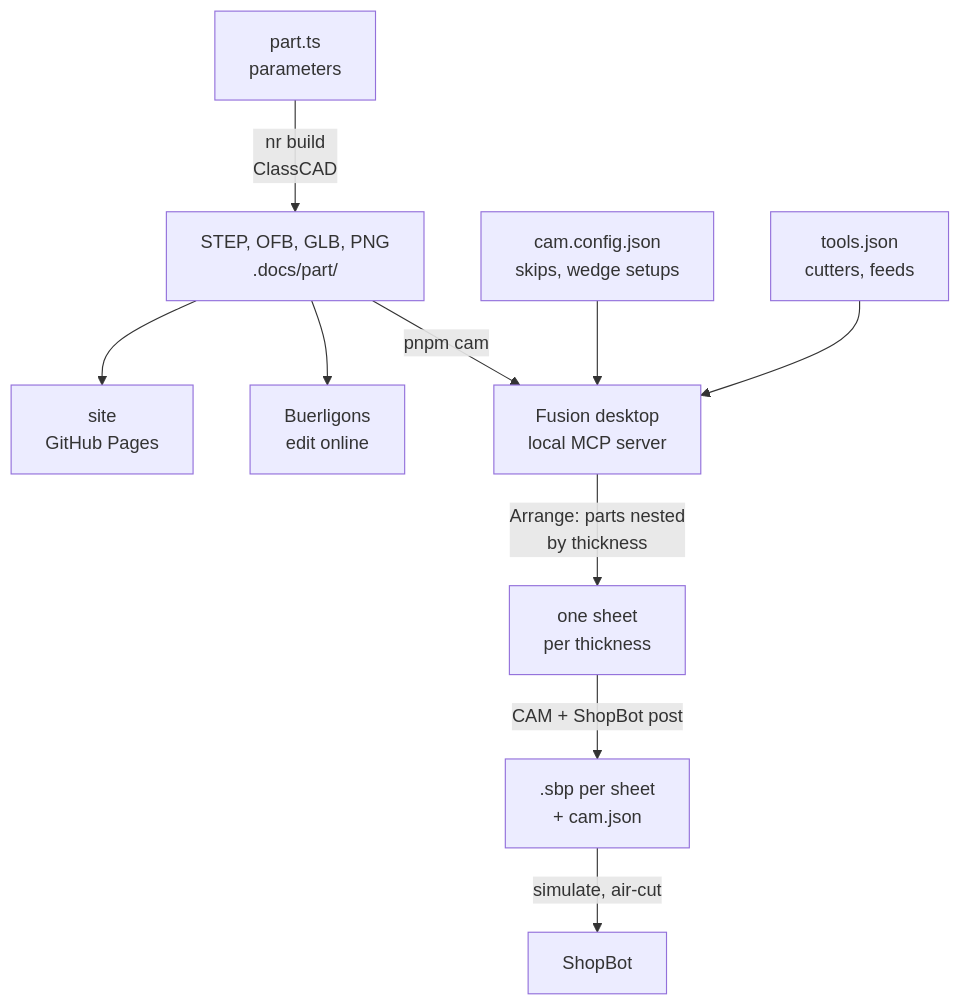
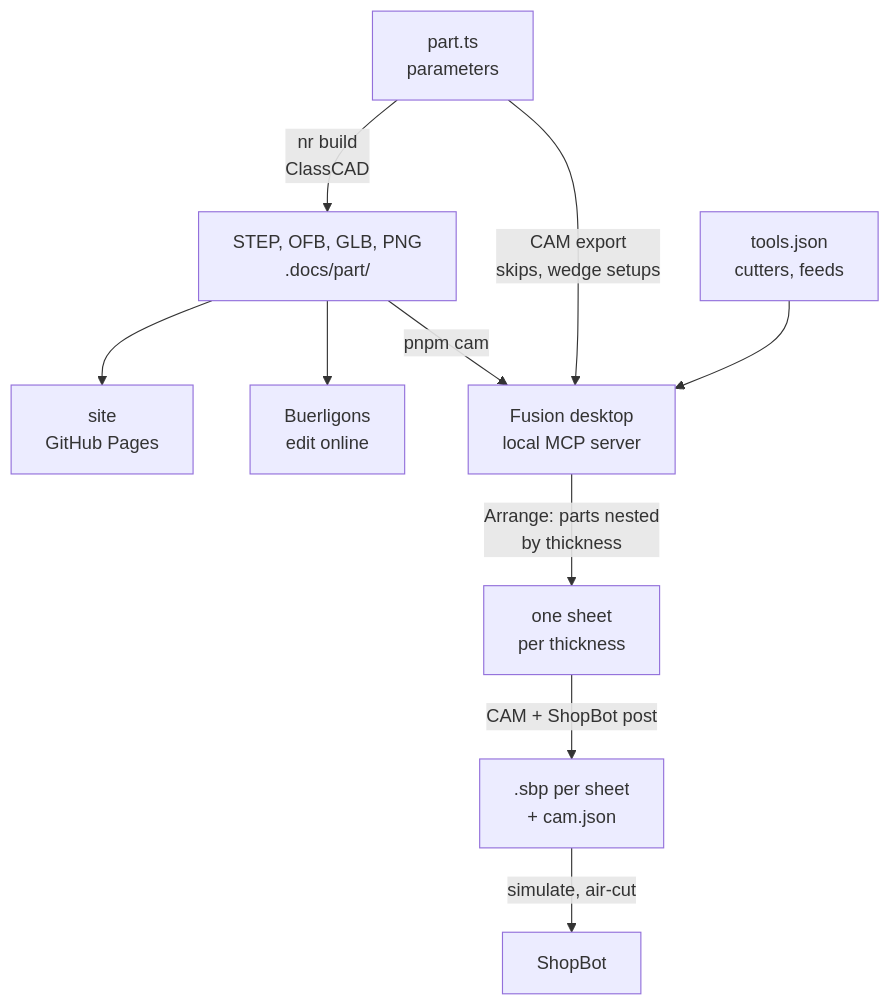
The diagram in README.md (abernier/integral), drawn with Mermaid before and after one commit. The commit also changed 13 other files, not shown here.

First line of the commit message:
cam: config as a typed CAM export in each model's .ts

````diff
--- a/README.md
+++ b/README.md
@@ -52,12 +52,12 @@
 ```mermaid
 flowchart TD
   ts["part.ts<br/>parameters"] -->|nr build<br/>ClassCAD| out["STEP, OFB, GLB, PNG<br/>.docs/part/"]
   out --> site["site<br/>GitHub Pages"]
   out --> bl["Buerligons<br/>edit online"]
   out -->|pnpm cam| fusion["Fusion desktop<br/>local MCP server"]
-  manifest["cam.config.json<br/>skips, wedge setups"] --> fusion
+  ts -->|CAM export<br/>skips, wedge setups| fusion
   tools["tools.json<br/>cutters, feeds"] --> fusion
   fusion -->|Arrange: parts nested<br/>by thickness| sheets["one sheet<br/>per thickness"]
   sheets -->|CAM + ShopBot post| sbp[".sbp per sheet<br/>+ cam.json"]
   sbp -->|simulate, air-cut| shopbot["ShopBot"]
 ```
````
